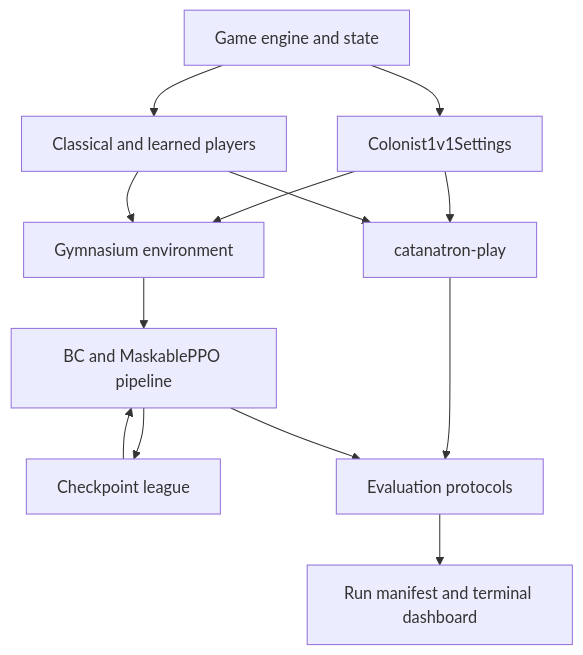
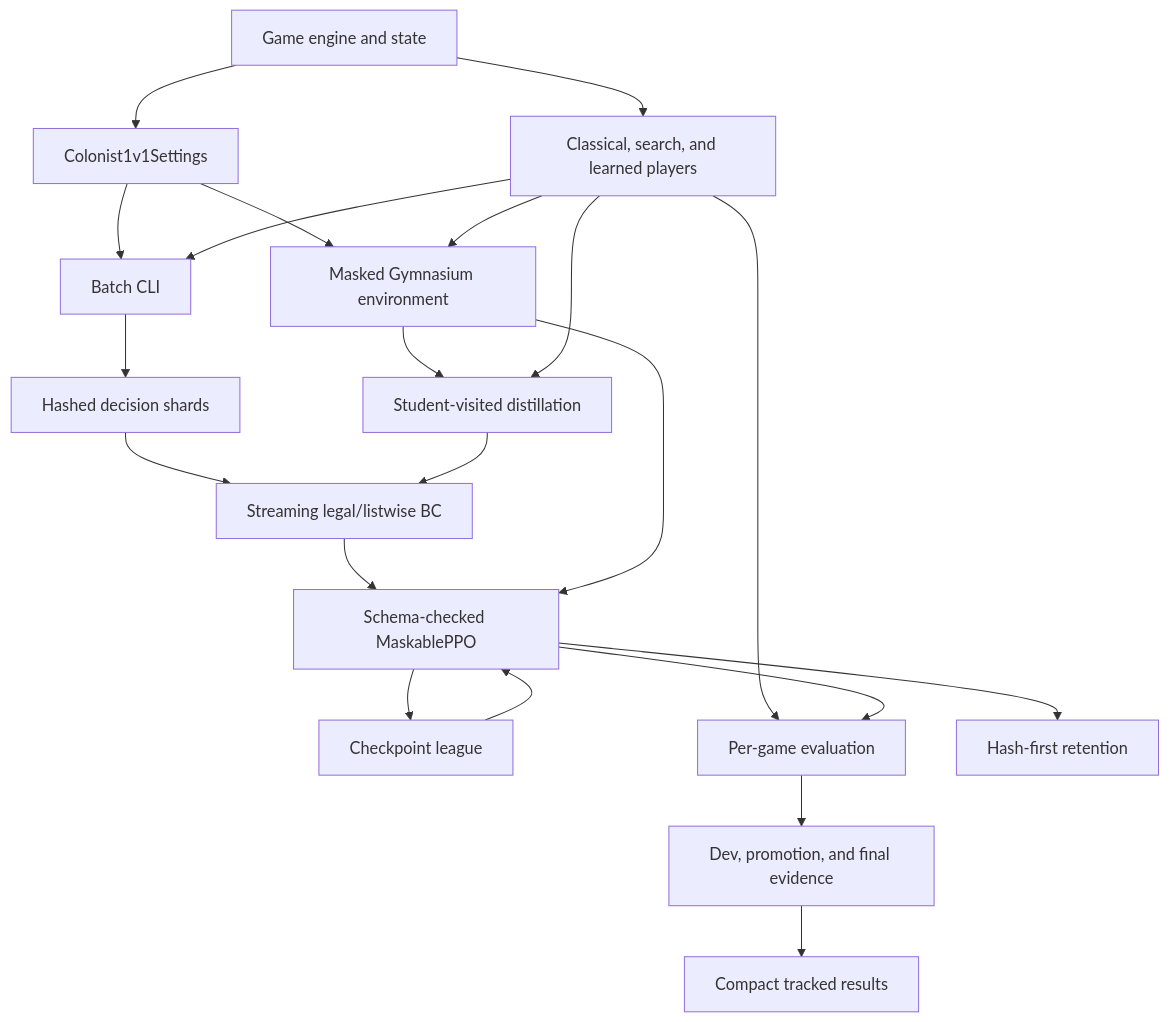
Before and after one commit to PeterLP123/catanatron-1v1: the diagram in docs/ARCHITECTURE.md, drawn with Mermaid. The commit also changed other lines of this file and 22 other files, not shown here.

````diff
--- a/docs/ARCHITECTURE.md
+++ b/docs/ARCHITECTURE.md
@@ -5,15 +7,23 @@
 ```mermaid
 flowchart TD
     Core["Game engine and state"] --> Rules["Colonist1v1Settings"]
-    Core --> Players["Classical and learned players"]
-    Rules --> CLI["catanatron-play"]
-    Rules --> Gym["Gymnasium environment"]
+    Core --> Players["Classical, search, and learned players"]
+    Rules --> CLI["Batch CLI"]
+    Rules --> Gym["Masked Gymnasium environment"]
     Players --> CLI
     Players --> Gym
-    Gym --> Train["BC and MaskablePPO pipeline"]
-    Train --> League["Checkpoint league"]
-    League --> Train
-    CLI --> Eval["Evaluation protocols"]
-    Train --> Eval
-    Eval --> TUI["Run manifest and terminal dashboard"]
+    CLI --> Data["Hashed decision shards"]
+    Gym --> Distill["Student-visited distillation"]
+    Players --> Distill
+    Data --> BC["Streaming legal/listwise BC"]
+    Distill --> BC
+    BC --> PPO["Schema-checked MaskablePPO"]
+    Gym --> PPO
+    PPO --> League["Checkpoint league"]
+    League --> PPO
+    Players --> Eval["Per-game evaluation"]
+    PPO --> Eval
+    Eval --> Gates["Dev, promotion, and final evidence"]
+    Gates --> Results["Compact tracked results"]
+    PPO --> Artifacts["Hash-first retention"]
 ```
````
